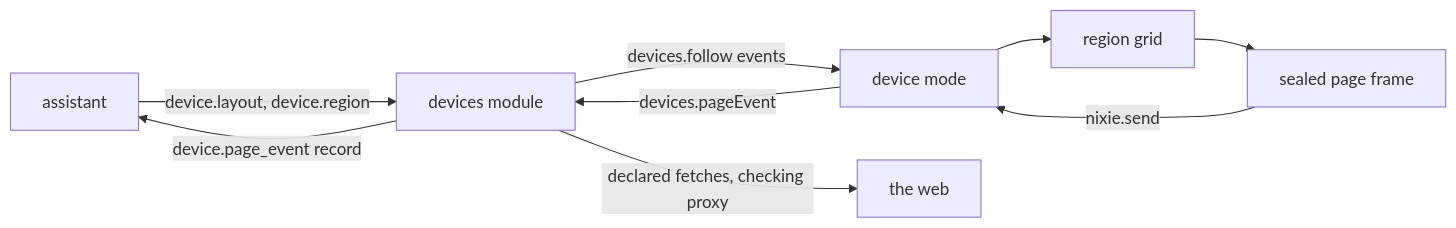
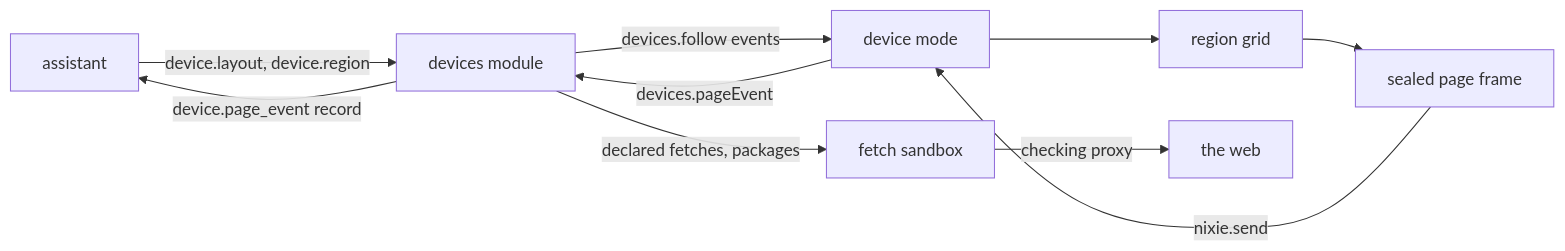
The diagram in docs/design/queue/device-layout.md (zgeoff/nixie), drawn with Mermaid before and after one commit. The commit also changed other lines of this file, not shown here.

````diff
--- a/docs/design/queue/device-layout.md
+++ b/docs/design/queue/device-layout.md
@@ -16,11 +16,12 @@
 ```mermaid
 flowchart LR
   model[assistant] -->|"device.layout, device.region"| server[devices module]
   server -->|"devices.follow events"| device[device mode]
   device --> grid[region grid]
   grid --> frame[sealed page frame]
   frame -->|"nixie.send"| device
   device -->|"devices.pageEvent"| server
   server -->|"device.page_event record"| model
-  server -->|"declared fetches, checking proxy"| web[the web]
+  server -->|"declared fetches, packages"| fetch[fetch sandbox]
+  fetch -->|"checking proxy"| web[the web]
 ```
````
